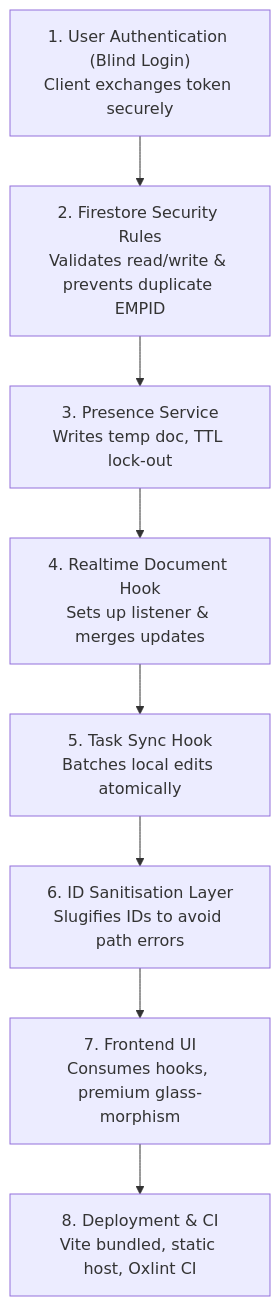
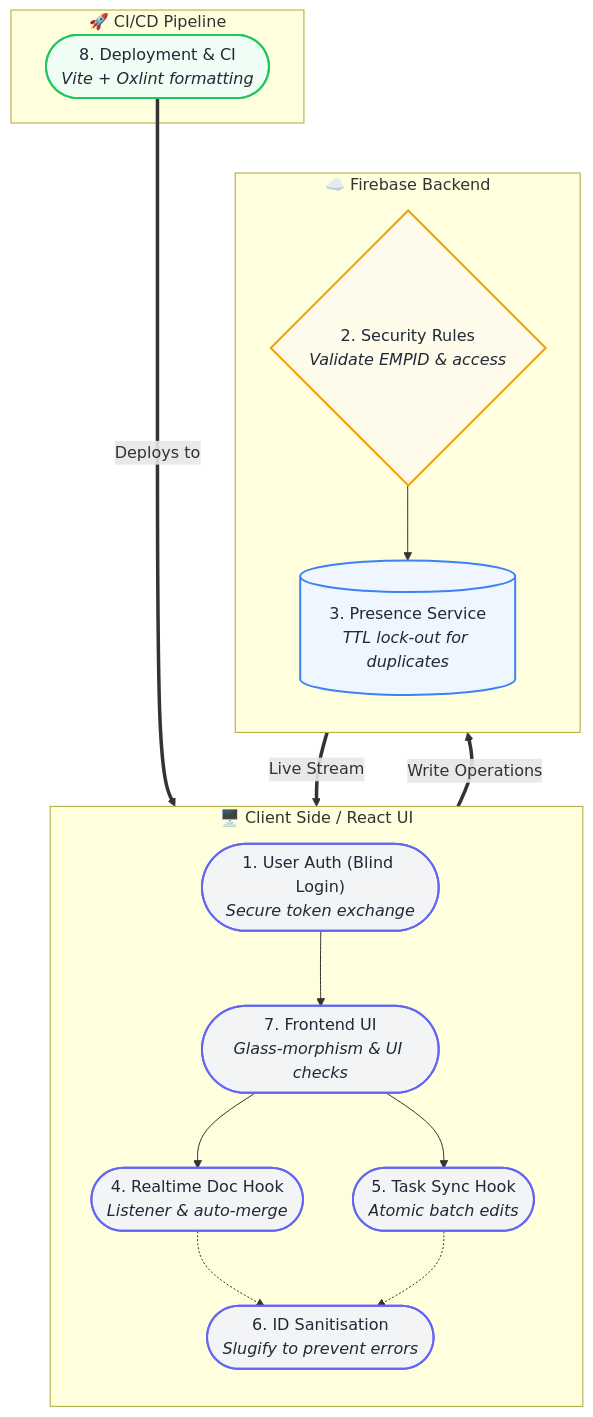
Before and after one commit to TejasAradhya7/aideation: the diagram in README.md, drawn with Mermaid.

Commit message:
Update architecture diagram in README with beautiful styling and subgraphs

````diff
--- a/README.md
+++ b/README.md
@@ -19,10 +19,40 @@
 ```mermaid
-graph TD
-    A["1. User Authentication (Blind Login)<br/>Client exchanges token securely"] --> B["2. Firestore Security Rules<br/>Validates read/write & prevents duplicate EMPID"]
-    B --> C["3. Presence Service<br/>Writes temp doc, TTL lock-out"]
-    C --> D["4. Realtime Document Hook<br/>Sets up listener & merges updates"]
-    D --> E["5. Task Sync Hook<br/>Batches local edits atomically"]
-    E --> F["6. ID Sanitisation Layer<br/>Slugifies IDs to avoid path errors"]
-    F --> G["7. Frontend UI<br/>Consumes hooks, premium glass-morphism"]
-    G --> H["8. Deployment & CI<br/>Vite bundled, static host, Oxlint CI"]
+flowchart TB
+    %% Styling Definitions
+    classDef client fill:#f3f4f6,stroke:#6366f1,stroke-width:2px,color:#1f2937,rx:8px,ry:8px
+    classDef cloud fill:#fffbeb,stroke:#f59e0b,stroke-width:2px,color:#1f2937,rx:8px,ry:8px
+    classDef db fill:#eff6ff,stroke:#3b82f6,stroke-width:2px,color:#1f2937
+    classDef ci fill:#f0fdf4,stroke:#22c55e,stroke-width:2px,color:#1f2937,rx:8px,ry:8px
+
+    subgraph Client [🖥️ Client Side / React UI]
+        direction TB
+        A(["1. User Auth (Blind Login)<br><i>Secure token exchange</i>"]):::client
+        G(["7. Frontend UI<br><i>Glass-morphism & UI checks</i>"]):::client
+        D(["4. Realtime Doc Hook<br><i>Listener & auto-merge</i>"]):::client
+        E(["5. Task Sync Hook<br><i>Atomic batch edits</i>"]):::client
+        F(["6. ID Sanitisation<br><i>Slugify to prevent errors</i>"]):::client
+        
+        A --> G
+        G --> D
+        G --> E
+        D -.-> F
+        E -.-> F
+    end
+
+    subgraph Firebase [☁️ Firebase Backend]
+        direction TB
+        B{"2. Security Rules<br><i>Validate EMPID & access</i>"}:::cloud
+        C[("3. Presence Service<br><i>TTL lock-out for duplicates</i>")]:::db
+        
+        B --> C
+    end
+
+    subgraph Deployment [🚀 CI/CD Pipeline]
+        H(["8. Deployment & CI<br><i>Vite + Oxlint formatting</i>"]):::ci
+    end
+
+    %% Connections across systems
+    F ==>|Write Operations| B
+    C ==>|Live Stream| D
+    H ===>|Deploys to| G
 ```
````
